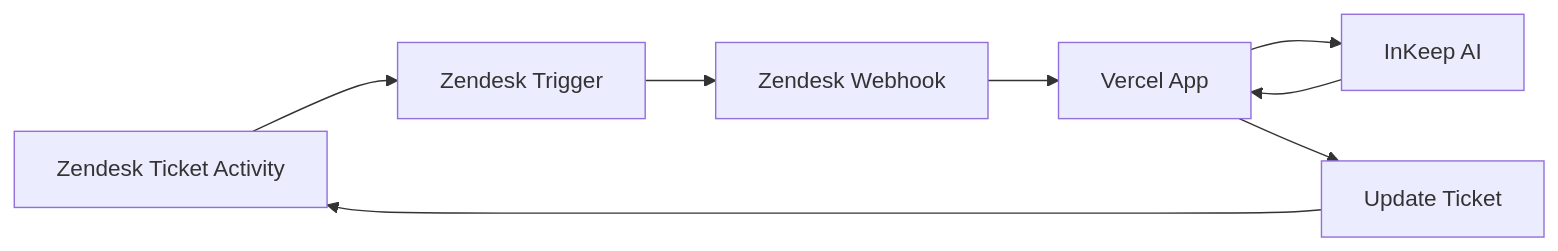
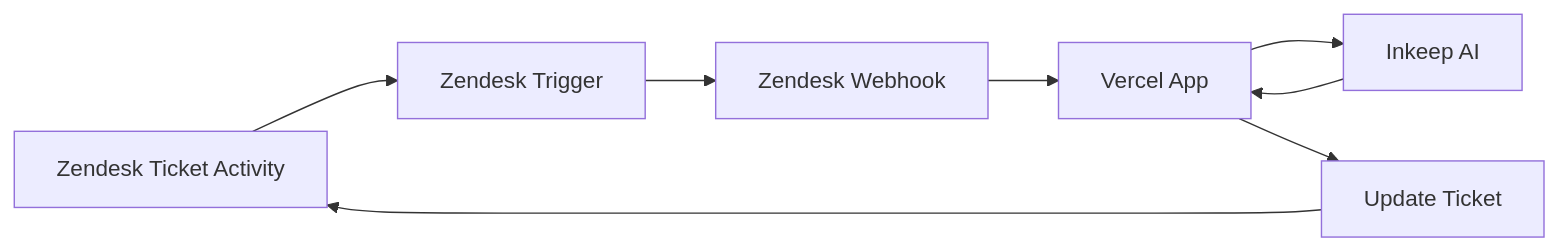
The diagram in README.md (inkeep/zendesk-inkeep-autoreply-template), drawn with Mermaid before and after one commit. The commit also changed other lines of this file, not shown here.

````diff
--- a/README.md
+++ b/README.md
@@ -9,10 +9,10 @@
 ```mermaid
 graph LR
     A[Zendesk Ticket Activity] --> B[Zendesk Trigger]
     B --> C[Zendesk Webhook]
     C --> D[Vercel App]
-    D --> E[InKeep AI]
+    D --> E[Inkeep AI]
     E --> D
     D --> F[Update Ticket]
     F --> A
 ```
````
